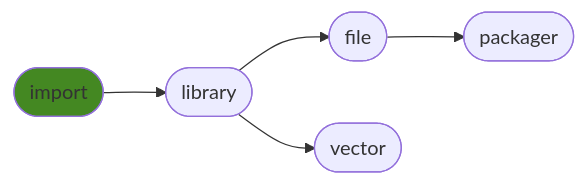
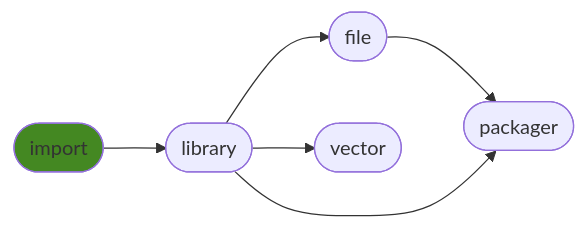
The diagram in README.md (ManderaGeneral/generalimport), drawn with Mermaid before and after one commit. The commit also changed other lines of this file, not shown here.

Commit message:
[CI AUTO] Sync triggered by generalfile

````diff
--- a/README.md
+++ b/README.md
@@ -20,13 +20,14 @@
 ```mermaid
 flowchart LR
-2([file]) --> 3([packager])
-1([library]) --> 4([vector])
+2([file]) --> 4([packager])
+1([library]) --> 3([vector])
+1([library]) --> 2([file])
+1([library]) --> 4([packager])
 0([import]) --> 1([library])
-1([library]) --> 2([file])
 click 0 "https://github.com/ManderaGeneral/generalimport"
 click 1 "https://github.com/ManderaGeneral/generallibrary"
 click 2 "https://github.com/ManderaGeneral/generalfile"
-click 3 "https://github.com/ManderaGeneral/generalpackager"
-click 4 "https://github.com/ManderaGeneral/generalvector"
+click 3 "https://github.com/ManderaGeneral/generalvector"
+click 4 "https://github.com/ManderaGeneral/generalpackager"
 style 0 fill:#482
 ```
````
